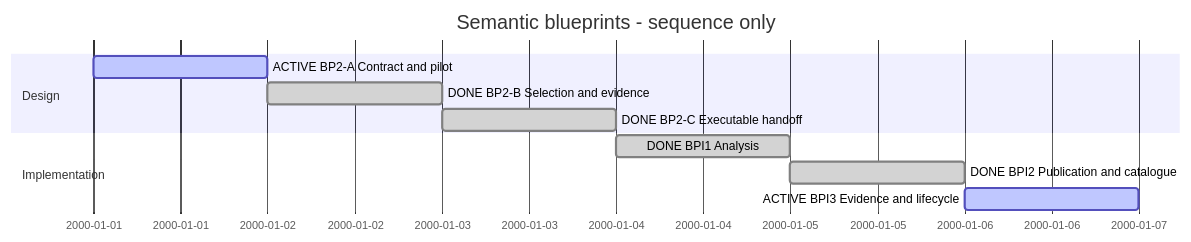
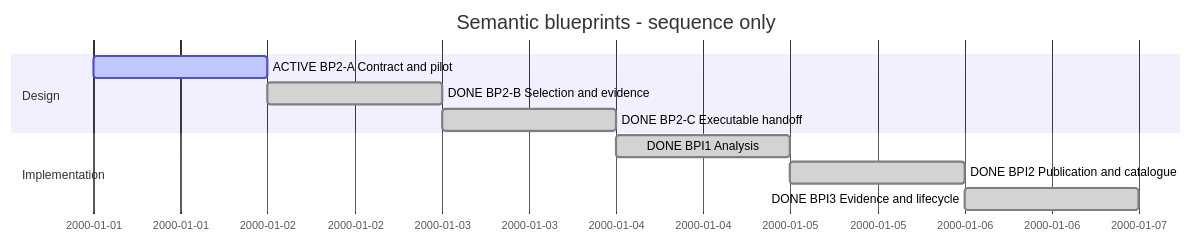
Before and after one commit to Hans-Einar/SDP: the diagram in SDP/Sessions/session-#0008--Semantic_blueprints.md, drawn with Mermaid. The commit also changed other lines of this file and 36 other files, not shown here.

````diff
--- a/SDP/Sessions/session-#0008--Semantic_blueprints.md
+++ b/SDP/Sessions/session-#0008--Semantic_blueprints.md
@@ -7,13 +7,13 @@
 ```mermaid
 gantt
     title Semantic blueprints - sequence only
     dateFormat YYYY-MM-DD
     section Design
     ACTIVE BP2-A Contract and pilot :active,a,2000-01-01,1d
     DONE BP2-B Selection and evidence :done,b,after a,1d
     DONE BP2-C Executable handoff :done,c,after b,1d
     section Implementation
     DONE BPI1 Analysis :done,d,after c,1d
     DONE BPI2 Publication and catalogue :done,e,after d,1d
-    ACTIVE BPI3 Evidence and lifecycle :active,f,after e,1d
+    DONE BPI3 Evidence and lifecycle :done,f,after e,1d
 ```
````
